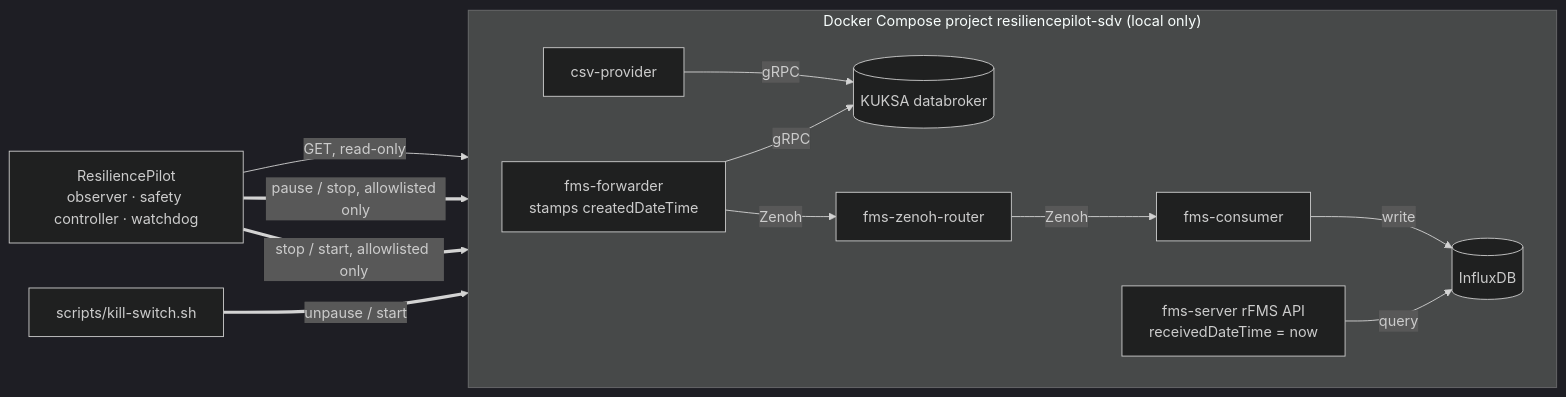
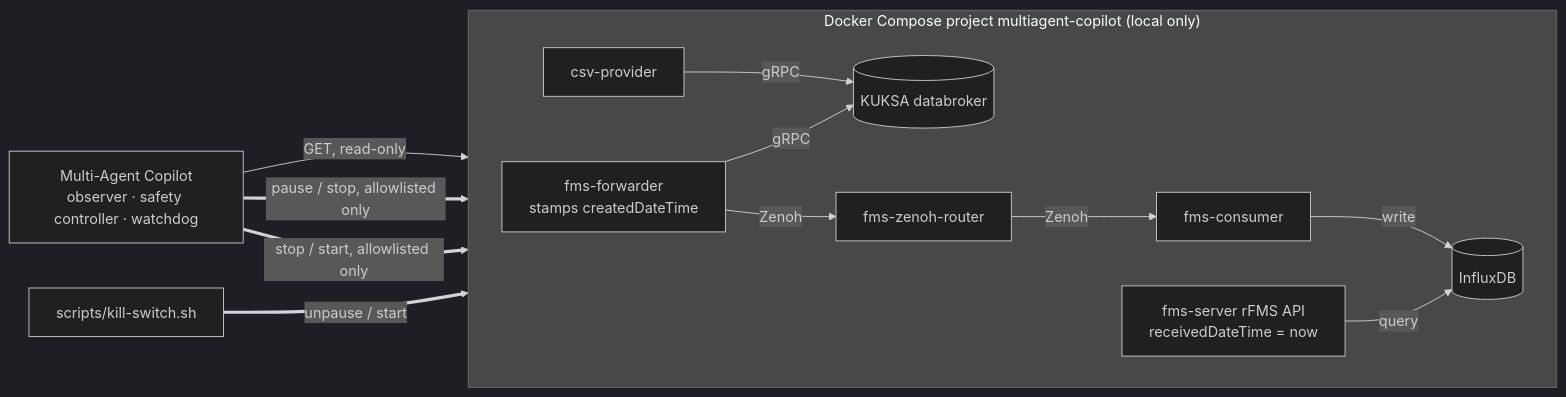
One commit to Anshu-raj-co/Multi_Agent_AI_Copilot changed the diagram in README.md. Above: the diagram before and after it, drawn with Mermaid (dark theme). The commit also changed other lines of this file and 36 other files, not shown here.

First line of the commit message:
rename: docs, README, CLAUDE.md and tooling to Multi-Agent Copilot / mcop

````diff
--- a/README.md
+++ b/README.md
@@ -42,15 +47,15 @@
 ```mermaid
 flowchart LR
-  subgraph sandbox["Docker Compose project resiliencepilot-sdv (local only)"]
+  subgraph sandbox["Docker Compose project multiagent-copilot (local only)"]
     direction LR
     CSV[csv-provider] -->|gRPC| DB[(KUKSA databroker)]
     FWD[fms-forwarder<br/>stamps createdDateTime] -->|gRPC| DB
     FWD -->|Zenoh| ZR[fms-zenoh-router] -->|Zenoh| CON[fms-consumer]
     CON -->|write| IDB[(InfluxDB)]
     SRV[fms-server rFMS API<br/>receivedDateTime = now] -->|query| IDB
   end
-  RP[ResiliencePilot<br/>observer · safety controller · watchdog] -->|GET, read-only| SRV
+  RP[Multi-Agent Copilot<br/>observer · safety controller · watchdog] -->|GET, read-only| SRV
   RP ==>|pause / stop, allowlisted only| FWD
   RP ==>|stop / start, allowlisted only| IDB
   KS[scripts/kill-switch.sh] ==>|unpause / start| FWD
 ```
````
